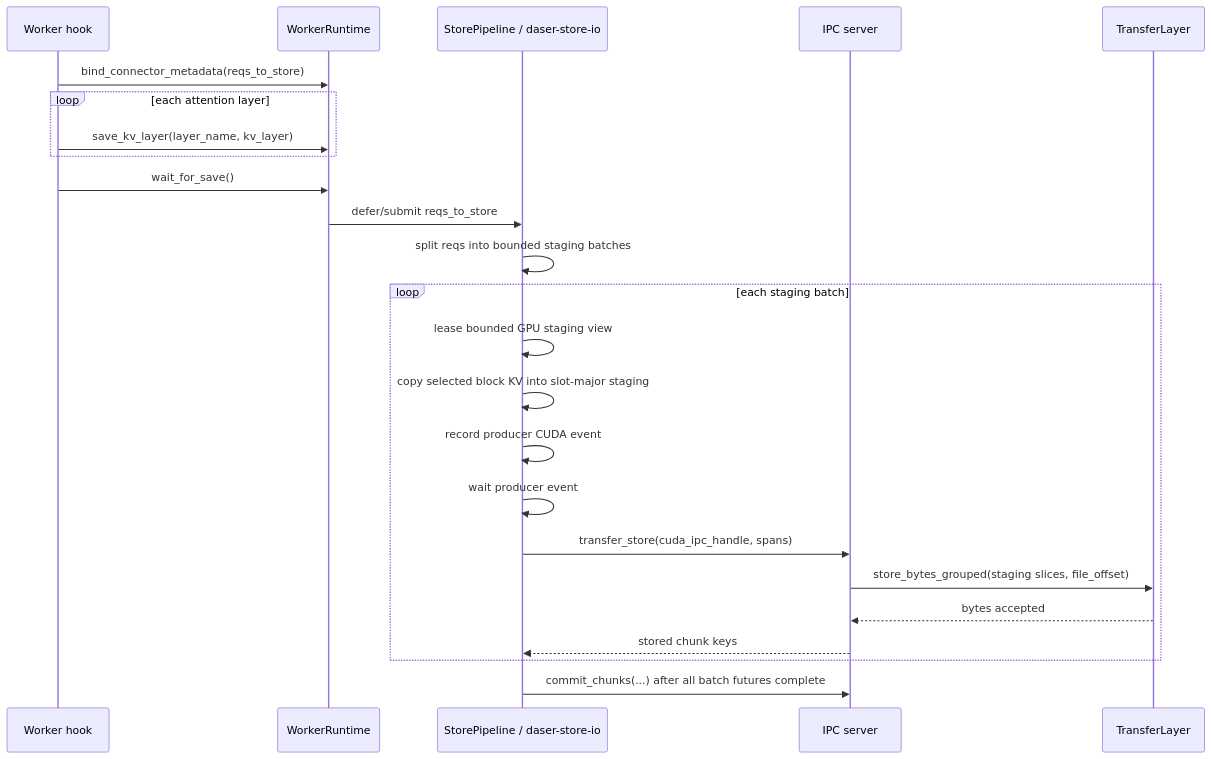
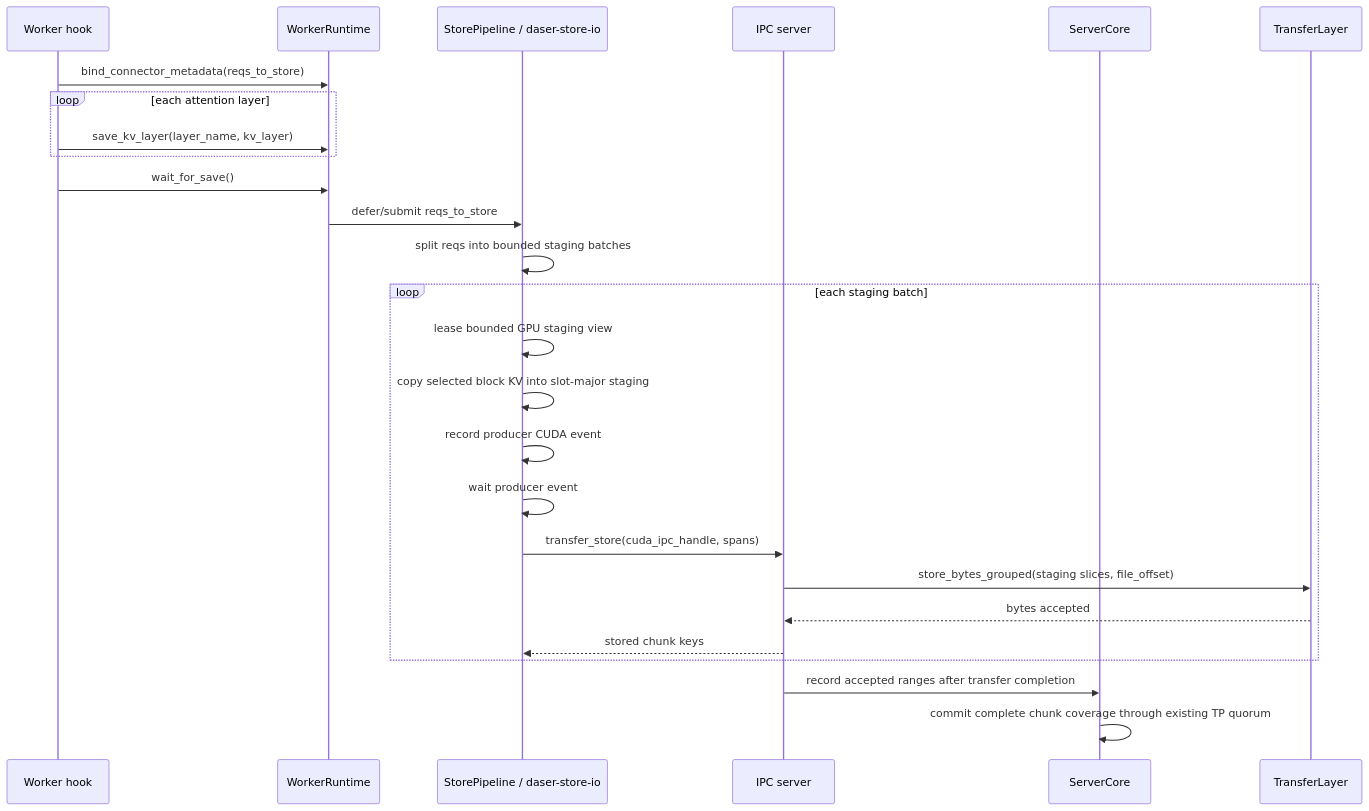
One commit to GentleCold/DaseR changed the fourth of 8 diagrams in docs/design/flows.md. Above: the diagram before and after it, drawn with Mermaid. The commit also changed other lines of this file and 28 other files, not shown here.

````diff
--- a/docs/design/flows.md
+++ b/docs/design/flows.md
@@ -104,27 +104,29 @@
 ```mermaid
 sequenceDiagram
     participant W as Worker hook
     participant WR as WorkerRuntime
     participant BG as StorePipeline / daser-store-io
     participant IPC as IPC server
+    participant C as ServerCore
     participant TL as TransferLayer
 
     W->>WR: bind_connector_metadata(reqs_to_store)
     loop each attention layer
         W->>WR: save_kv_layer(layer_name, kv_layer)
     end
     W->>WR: wait_for_save()
     WR->>BG: defer/submit reqs_to_store
     BG->>BG: split reqs into bounded staging batches
     loop each staging batch
         BG->>BG: lease bounded GPU staging view
         BG->>BG: copy selected block KV into slot-major staging
         BG->>BG: record producer CUDA event
         BG->>BG: wait producer event
         BG->>IPC: transfer_store(cuda_ipc_handle, spans)
         IPC->>TL: store_bytes_grouped(staging slices, file_offset)
         TL-->>IPC: bytes accepted
         IPC-->>BG: stored chunk keys
     end
-    BG->>IPC: commit_chunks(...) after all batch futures complete
+    IPC->>C: record accepted ranges after transfer completion
+    C->>C: commit complete chunk coverage through existing TP quorum
 ```
````
